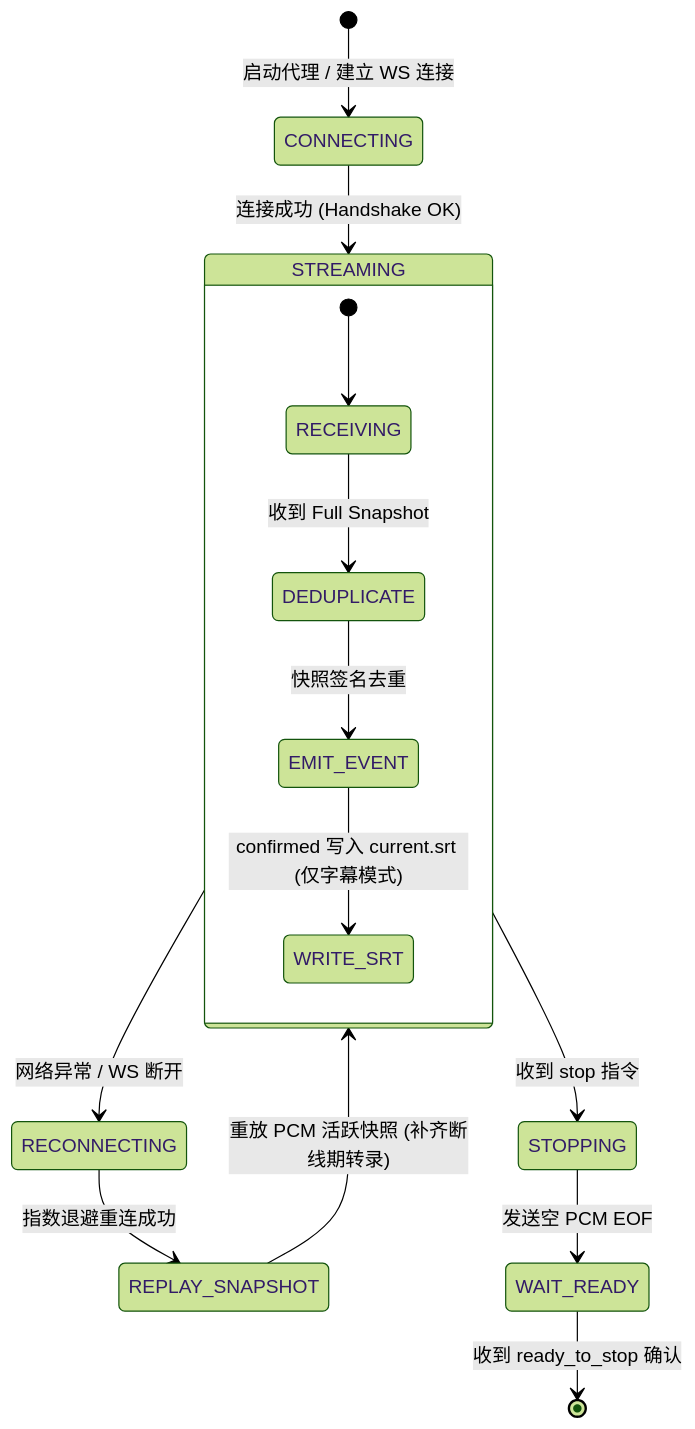
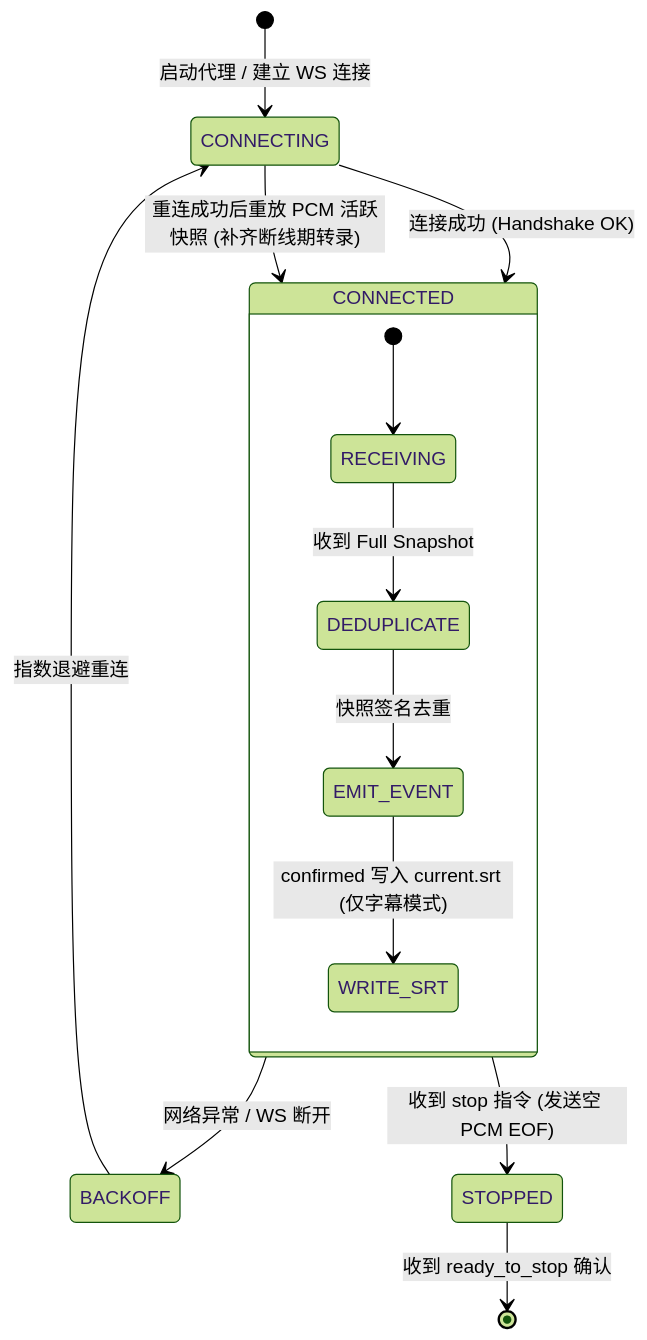
One commit to hrygo/voice-realtime changed the ninth of 13 diagrams in docs/系统总体架构与详细设计方案.md. Above: the diagram before and after it, drawn with Mermaid (forest theme). The commit also changed other lines of this file and 8 other files, not shown here.

Commit message:
docs(architecture): 审查校对系统总体架构方案并完善会议面板交互体验

````diff
--- a/docs/系统总体架构与详细设计方案.md
+++ b/docs/系统总体架构与详细设计方案.md
@@ -445,20 +449,19 @@
 ```mermaid
 stateDiagram-v2
     [*] --> CONNECTING : 启动代理 / 建立 WS 连接
-    CONNECTING --> STREAMING : 连接成功 (Handshake OK)
+    CONNECTING --> CONNECTED : 连接成功 (Handshake OK)
     
-    state STREAMING {
+    state CONNECTED {
         [*] --> RECEIVING
         RECEIVING --> DEDUPLICATE : 收到 Full Snapshot
         DEDUPLICATE --> EMIT_EVENT : 快照签名去重
         EMIT_EVENT --> WRITE_SRT : confirmed 写入 current.srt (仅字幕模式)
     }
 
-    STREAMING --> RECONNECTING : 网络异常 / WS 断开
-    RECONNECTING --> REPLAY_SNAPSHOT : 指数退避重连成功
-    REPLAY_SNAPSHOT --> STREAMING : 重放 PCM 活跃快照 (补齐断线期转录)
+    CONNECTED --> BACKOFF : 网络异常 / WS 断开
+    BACKOFF --> CONNECTING : 指数退避重连
+    CONNECTING --> CONNECTED : 重连成功后重放 PCM 活跃快照 (补齐断线期转录)
 
-    STREAMING --> STOPPING : 收到 stop 指令
-    STOPPING --> WAIT_READY : 发送空 PCM EOF
-    WAIT_READY --> [*] : 收到 ready_to_stop 确认
+    CONNECTED --> STOPPED : 收到 stop 指令 (发送空 PCM EOF)
+    STOPPED --> [*] : 收到 ready_to_stop 确认
 ```
````
